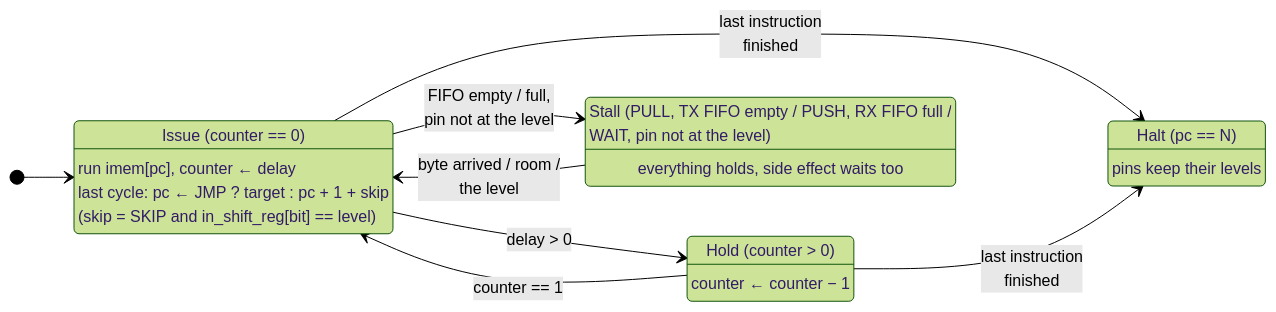
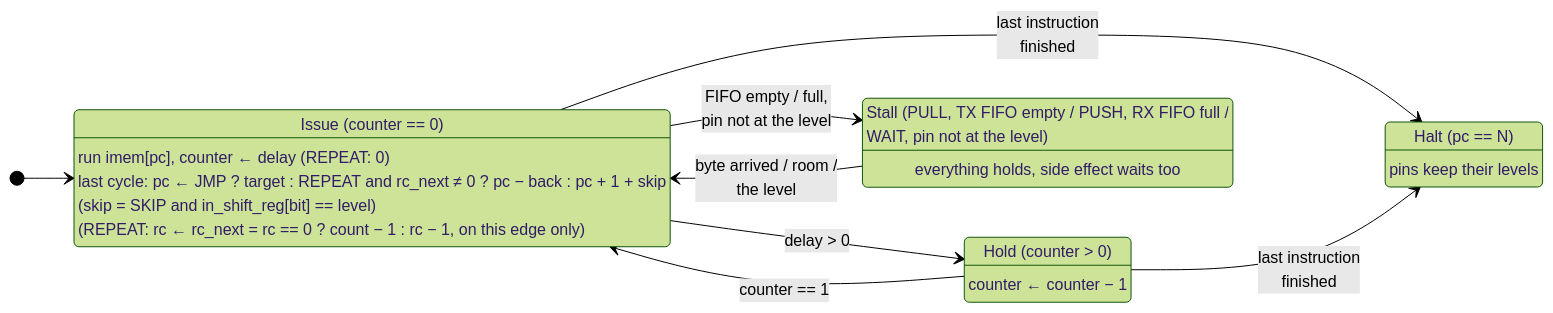
One commit to cshieldsce/smallcore changed the diagram in docs/states.mmd. Above: the diagram before and after it, drawn with Mermaid (forest theme). The commit also changed 10 other files, not shown here.

```diff
--- a/docs/states.mmd
+++ b/docs/states.mmd
@@ -1,26 +1,27 @@
 %% What the control block does each cycle. Not a separate state register:
 %% each state is read off counter, pc, tx_empty, rx_full, gpio_in and, for SKIP, in_shift_reg.
 stateDiagram-v2
   direction LR
   [*] --> Issue
 
   Issue : Issue (counter == 0)
-  Issue : run imem[pc], counter ← delay
-  Issue : last cycle: pc ← JMP ? target : pc + 1 + skip
+  Issue : run imem[pc], counter ← delay (REPEAT: 0)
+  Issue : last cycle: pc ← JMP ? target : REPEAT and rc_next ≠ 0 ? pc − back : pc + 1 + skip
   Issue : (skip = SKIP and in_shift_reg[bit] == level)
+  Issue : (REPEAT: rc ← rc_next = rc == 0 ? count − 1 : rc − 1, on this edge only)
 
   Hold : Hold (counter > 0)
   Hold : counter ← counter − 1
 
   Stall : Stall (PULL, TX FIFO empty / PUSH, RX FIFO full /<br/>WAIT, pin not at the level)
   Stall : everything holds, side effect waits too
 
   Halt : Halt (pc == N)
   Halt : pins keep their levels
 
   Issue --> Hold : delay > 0
   Hold --> Issue : counter == 1
   Issue --> Stall : FIFO empty / full,<br/>pin not at the level
   Stall --> Issue : byte arrived / room /<br/>the level
   Issue --> Halt : last instruction<br/>finished
   Hold --> Halt : last instruction<br/>finished
```
